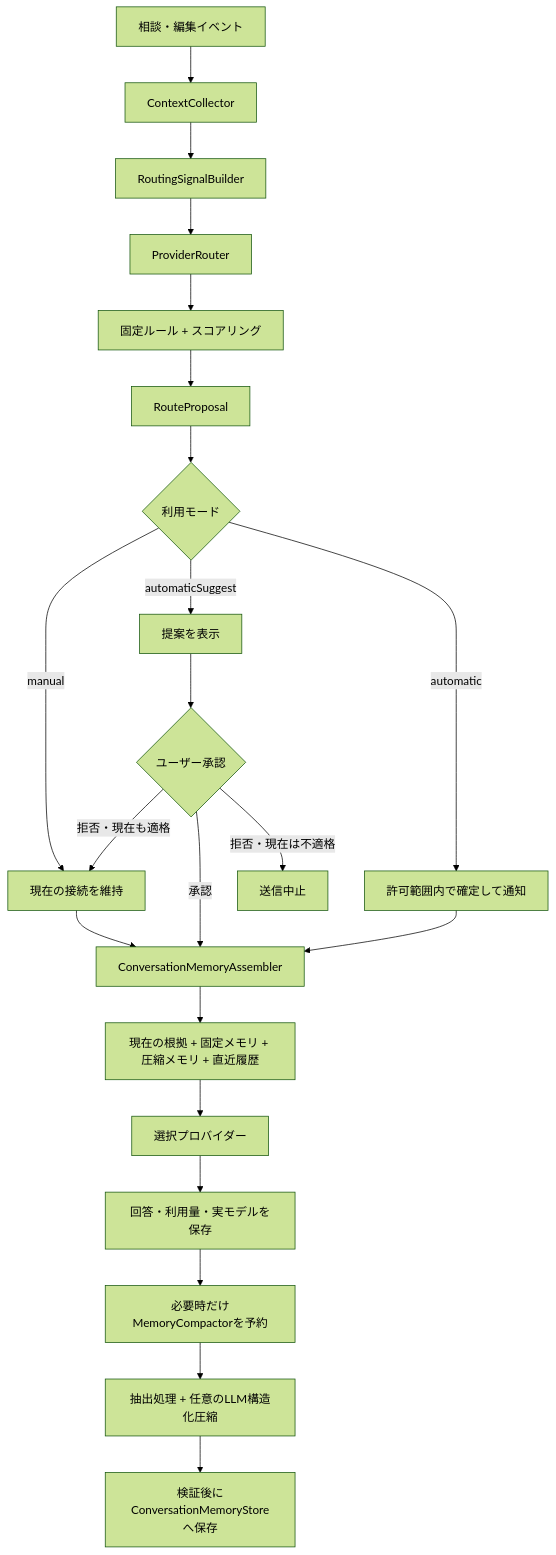
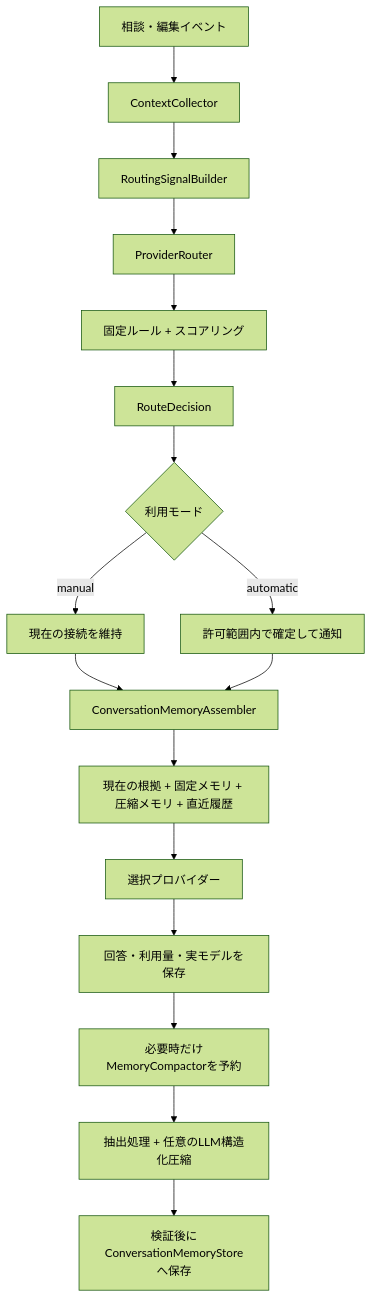
The diagram in docs/16-automatic-provider-routing-and-conversation-memory.md (y4m4s/vol2-project), drawn with Mermaid (forest theme) before and after one commit. The commit also changed other lines of this file and 21 other files, not shown here.

````diff
--- a/docs/16-automatic-provider-routing-and-conversation-memory.md
+++ b/docs/16-automatic-provider-routing-and-conversation-memory.md
@@ -218,24 +212,19 @@
 ```mermaid
 flowchart TD
   A["相談・編集イベント"] --> B["ContextCollector"]
   B --> C["RoutingSignalBuilder"]
   C --> D["ProviderRouter"]
   D --> E["固定ルール + スコアリング"]
-  E --> F["RouteProposal"]
+  E --> F["RouteDecision"]
   F --> P{"利用モード"}
   P -->|manual| Q["現在の接続を維持"]
-  P -->|automaticSuggest| R["提案を表示"]
   P -->|automatic| S["許可範囲内で確定して通知"]
   Q --> G["ConversationMemoryAssembler"]
-  R --> T{"ユーザー承認"}
-  T -->|承認| G
-  T -->|拒否・現在も適格| Q
-  T -->|拒否・現在は不適格| U["送信中止"]
   S --> G
   G --> H["現在の根拠 + 固定メモリ + 圧縮メモリ + 直近履歴"]
   H --> I["選択プロバイダー"]
   I --> J["回答・利用量・実モデルを保存"]
   J --> K["必要時だけMemoryCompactorを予約"]
   K --> L["抽出処理 + 任意のLLM構造化圧縮"]
   L --> M["検証後にConversationMemoryStoreへ保存"]
 ```
````
